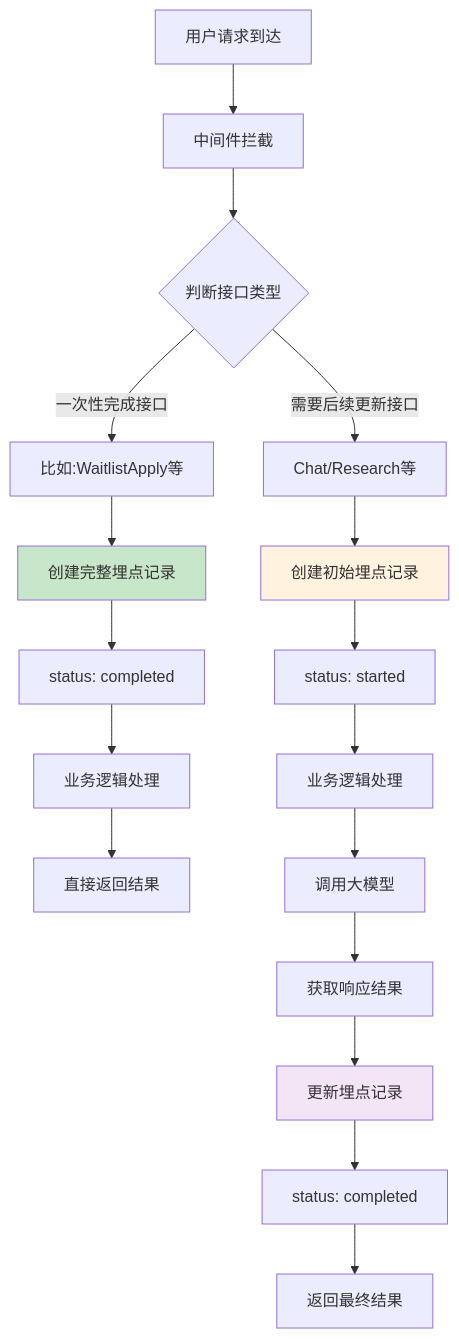
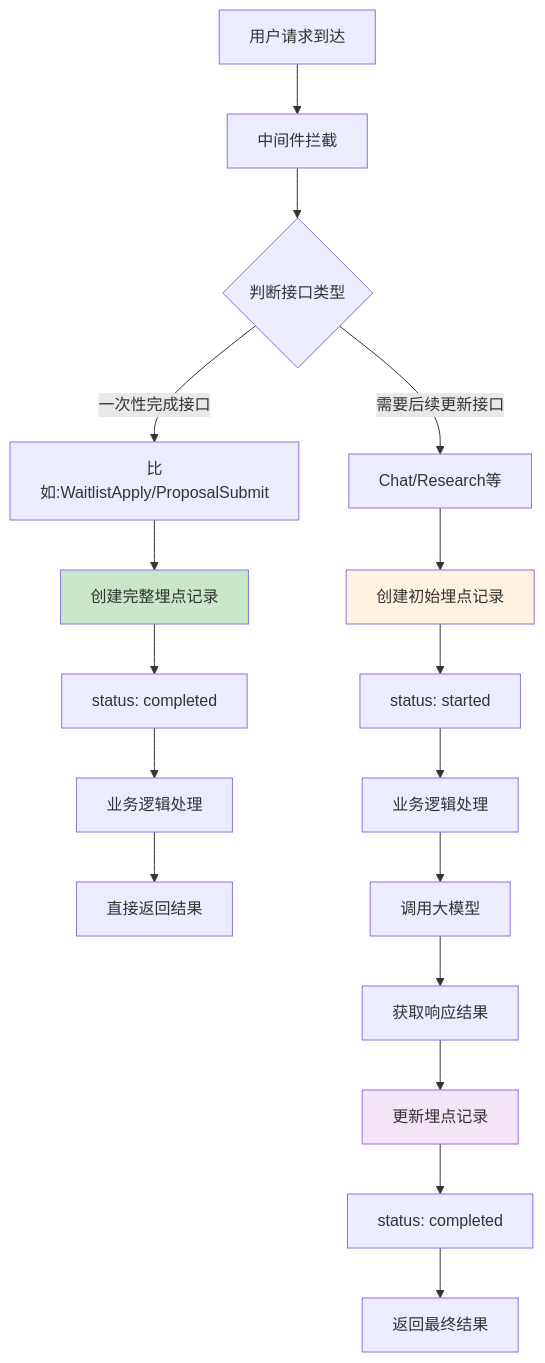
The diagram in all/未命名-78.md (yingjianzh/iodraw-files), drawn with Mermaid before and after one commit.

Commit message:
2025-07-08 17:15:50 update

````diff
--- a/all/未命名-78.md
+++ b/all/未命名-78.md
@@ -1,26 +1,26 @@
 ```mermaid
 flowchart TD
     A[用户请求到达] --> B[中间件拦截]
     B --> C{判断接口类型}
     
-    C -->|一次性完成接口| D[比如:WaitlistApply等]
+    C -->|一次性完成接口| D[比如:WaitlistApply/ProposalSubmit]
     C -->|需要后续更新接口| E[Chat/Research等]
     
     D --> F[创建完整埋点记录]
     F --> G[status: completed]
     G --> H[业务逻辑处理]
     H --> I[直接返回结果]
     
     E --> J[创建初始埋点记录]
     J --> K[status: started]
     K --> L[业务逻辑处理]
     L --> M[调用大模型]
     M --> N[获取响应结果]
     N --> O[更新埋点记录]
     O --> P[status: completed]
     P --> Q[返回最终结果]
     
     style F fill:#c8e6c9
     style J fill:#fff3e0
     style O fill:#f3e5f5
 ```
````
